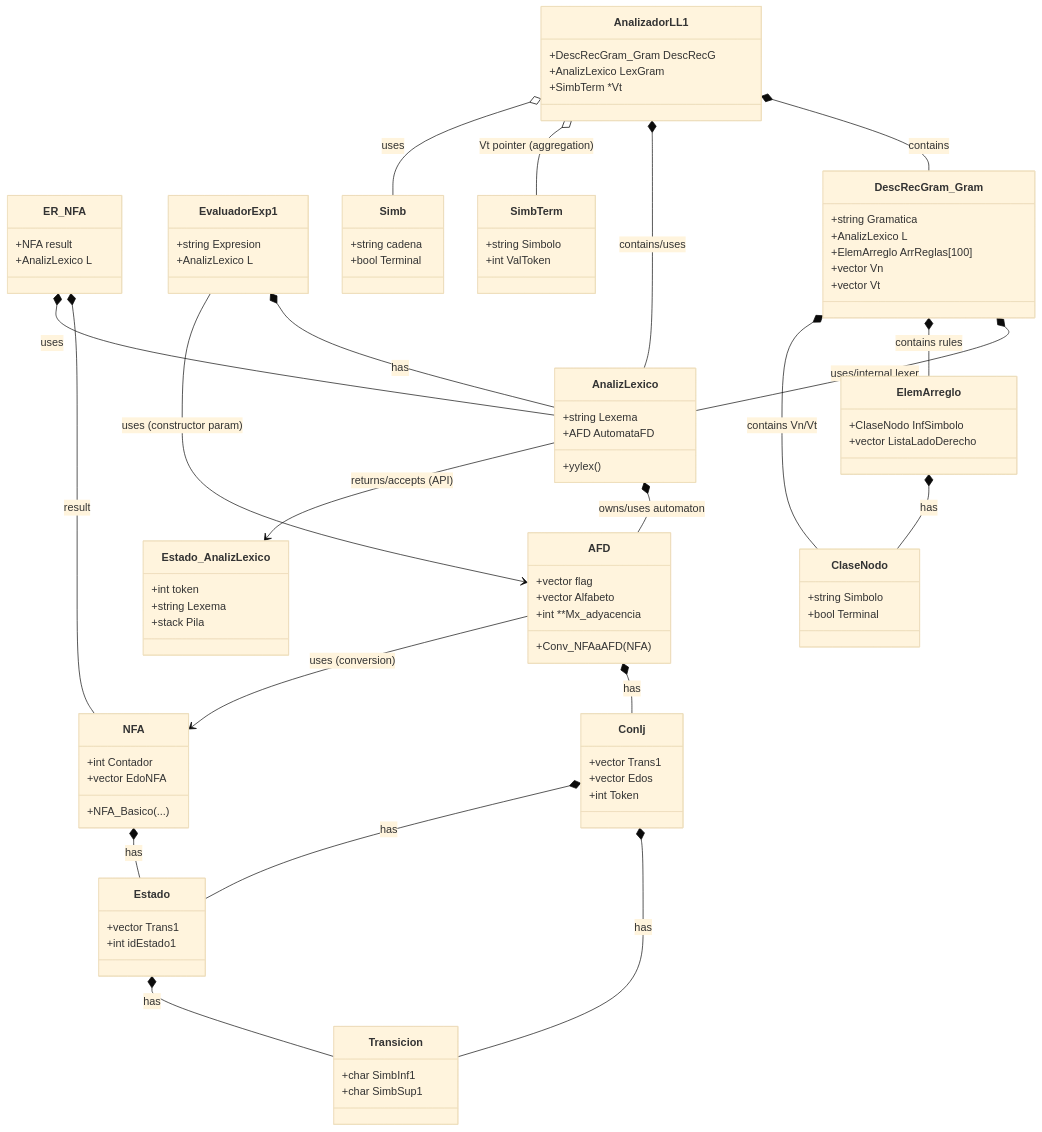
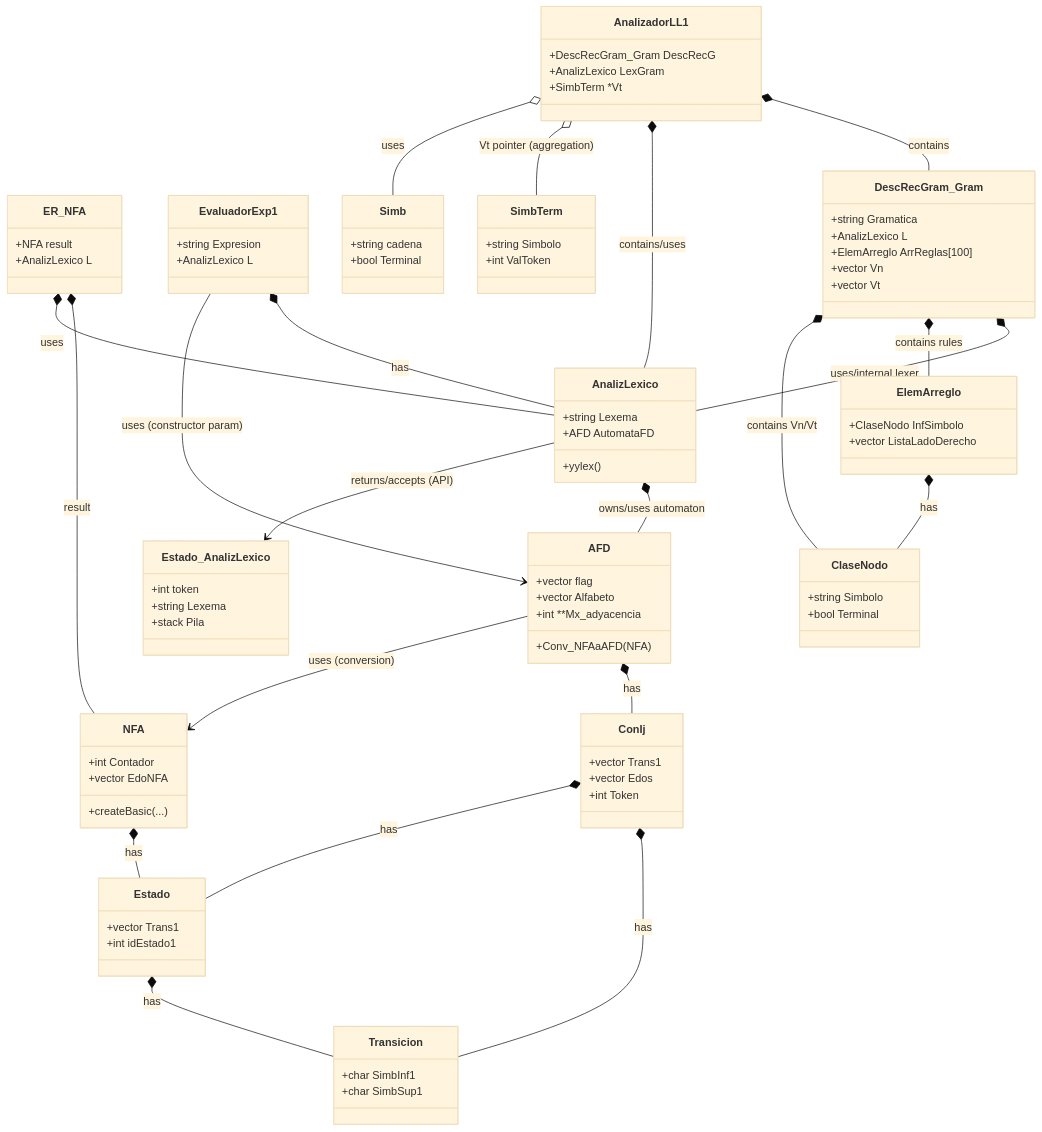
One commit to MARDnstuff/mard-lexic-analyzer changed the diagram in docs/classes_diagram.md. Above: the diagram before and after it, drawn with Mermaid (base theme). The commit also changed 5 other files, not shown here.

```diff
--- a/docs/classes_diagram.md
+++ b/docs/classes_diagram.md
@@ -18,7 +18,7 @@
     class NFA {
         +int Contador
         +vector<Estado> EdoNFA
-        +NFA_Basico(...)
+        +createBasic(...)
     }
     class ConIj {
         +vector<Transicion> Trans1
```
